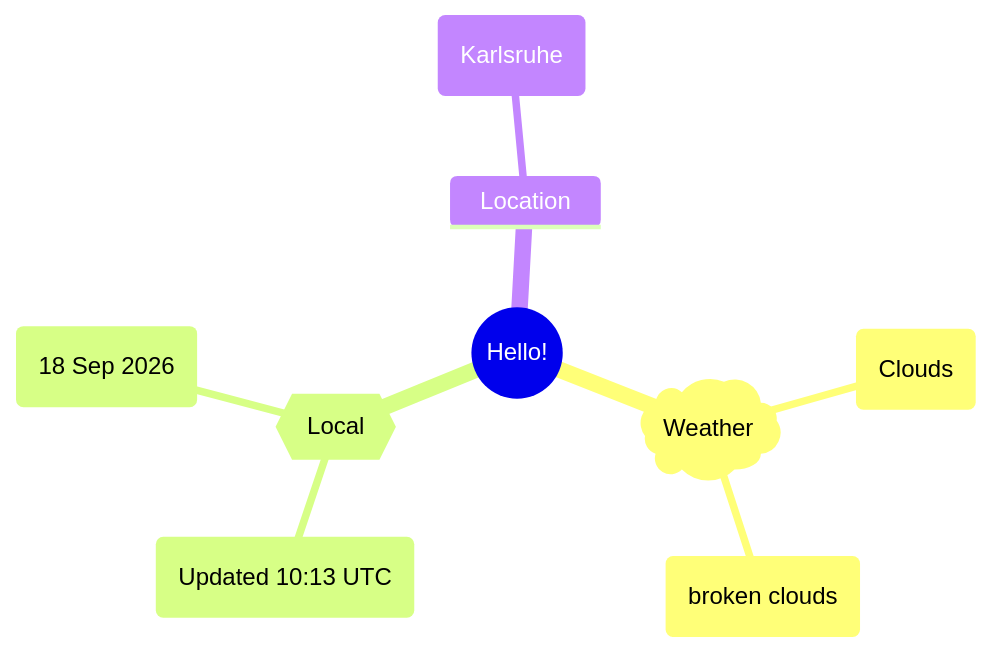
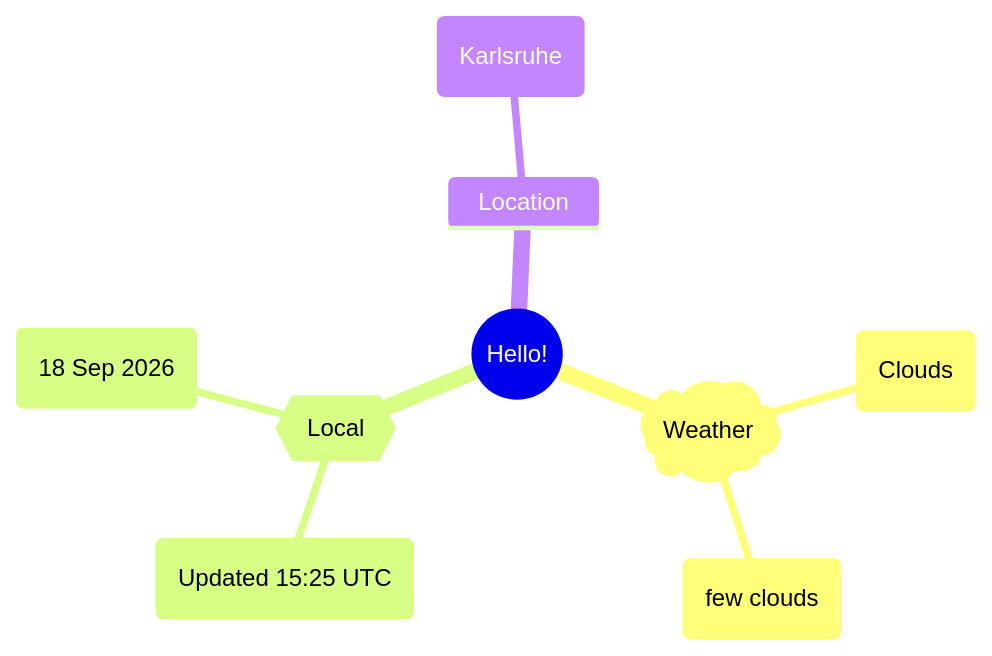
The first of 2 diagrams in README.md (Xosrov/Xosrov), drawn with Mermaid before and after one commit.

Commit message:
[bot] updated images

````diff
--- a/README.md
+++ b/README.md
@@ -3,12 +3,12 @@
 ```mermaid
 mindmap
   root((Hello!))
     )Weather(
         (Clouds)
-        (broken clouds)
+        (few clouds)
     {{Local}}
-        (Updated 10:13 UTC)
+        (Updated 15:25 UTC)
         (18 Sep 2026)
     Location
         (Karlsruhe)
 ```
````
